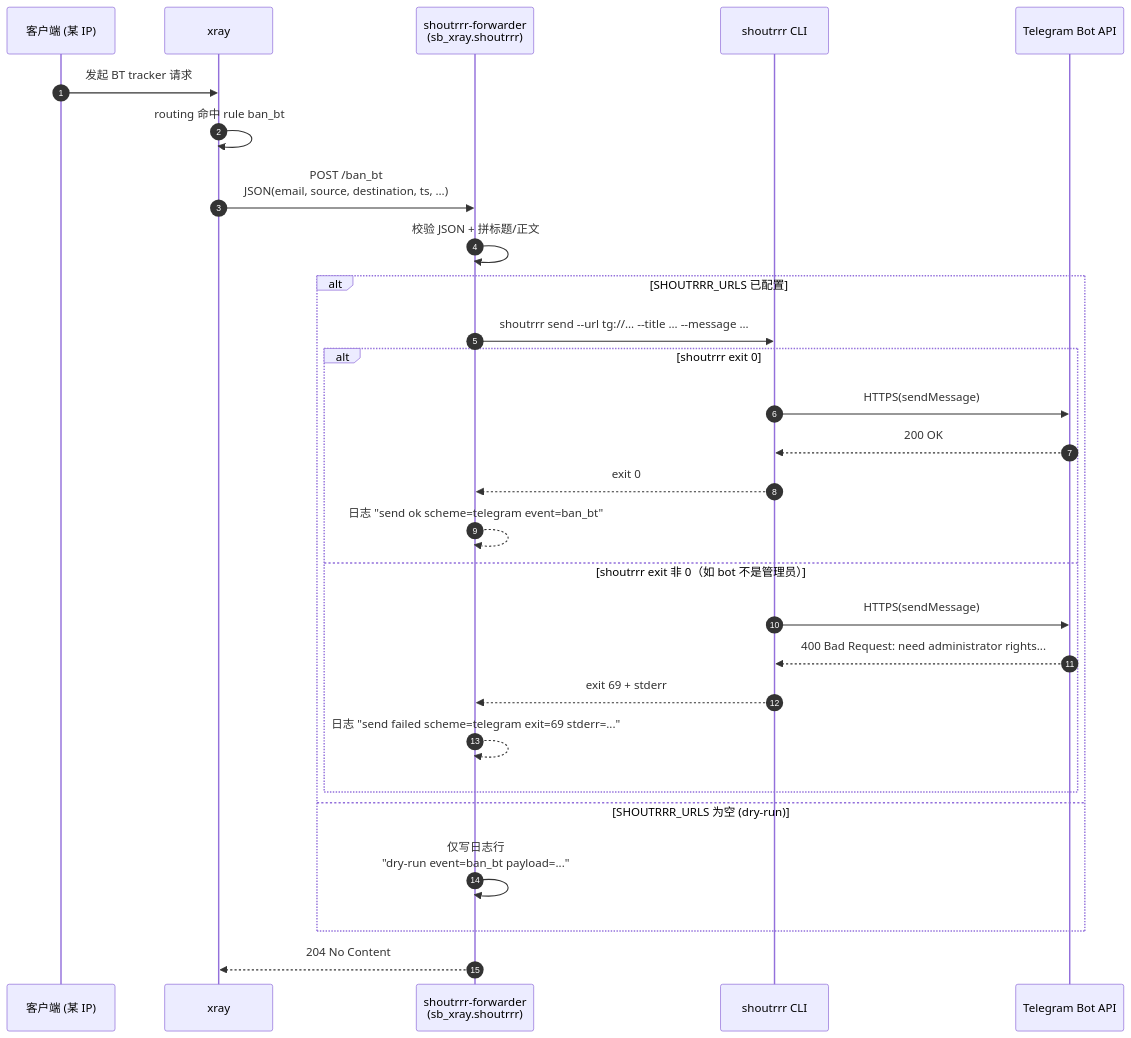
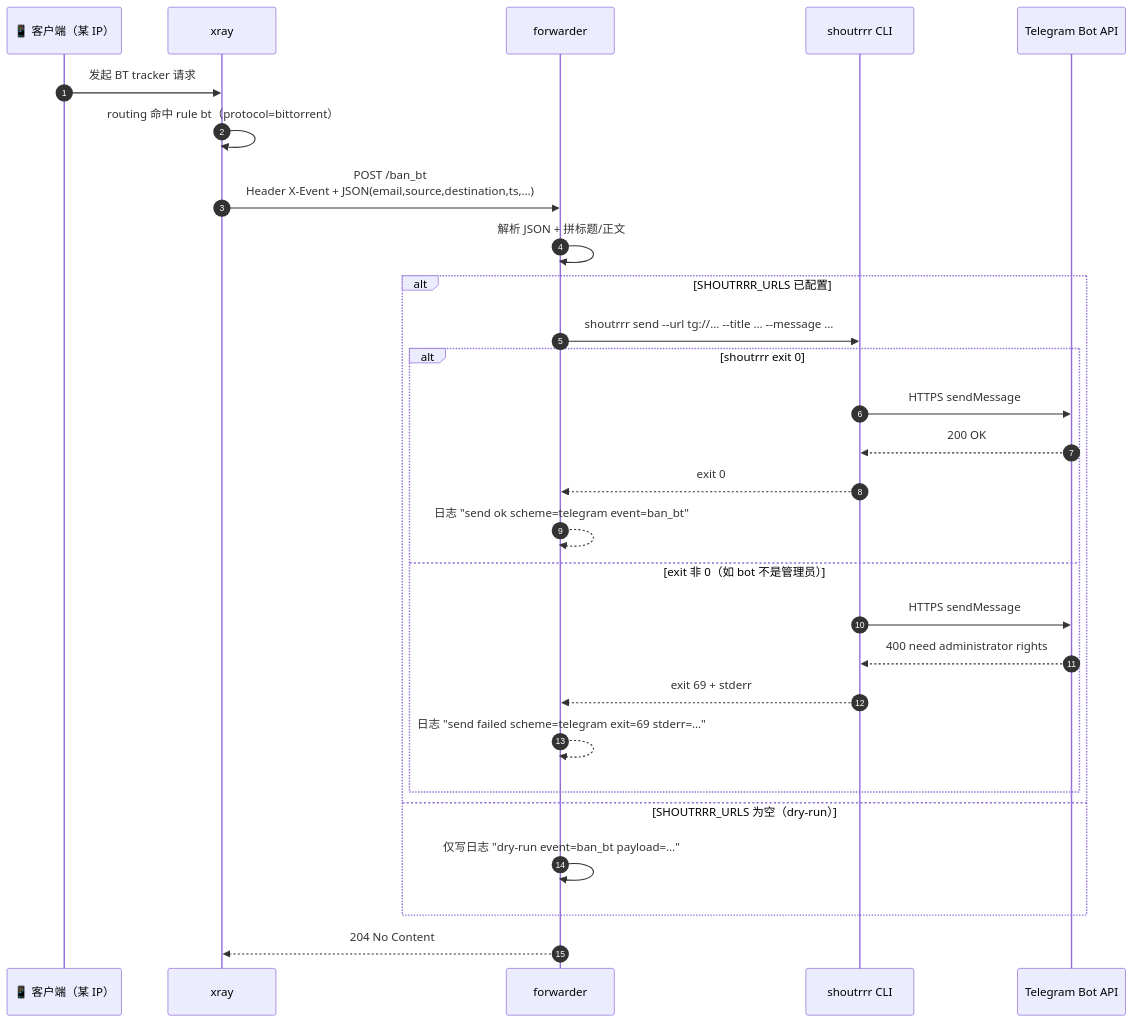
Before and after one commit to currycan/sb-xray: the third of 4 diagrams in docs/06-event-bus-shoutrrr.md, drawn with Mermaid. The commit also changed other lines of this file, not shown here.

````diff
--- a/docs/06-event-bus-shoutrrr.md
+++ b/docs/06-event-bus-shoutrrr.md
@@ -63,31 +118,31 @@
 ```mermaid
 sequenceDiagram
     autonumber
-    participant C as 客户端 (某 IP)
+    participant C as 📱 客户端（某 IP）
     participant X as xray
-    participant F as shoutrrr-forwarder<br/>(sb_xray.shoutrrr)
+    participant F as forwarder
     participant S as shoutrrr CLI
     participant T as Telegram Bot API
 
     C->>X: 发起 BT tracker 请求
-    X->>X: routing 命中 rule ban_bt
-    X->>F: POST /ban_bt<br/>JSON(email, source, destination, ts, …)
-    F->>F: 校验 JSON + 拼标题/正文
+    X->>X: routing 命中 rule bt（protocol=bittorrent）
+    X->>F: POST /ban_bt<br/>Header X-Event + JSON(email,source,destination,ts,…)
+    F->>F: 解析 JSON + 拼标题/正文
     alt SHOUTRRR_URLS 已配置
-        F->>S: shoutrrr send --url tg://... --title ... --message ...
+        F->>S: shoutrrr send --url tg://… --title … --message …
         alt shoutrrr exit 0
-            S->>T: HTTPS(sendMessage)
+            S->>T: HTTPS sendMessage
             T-->>S: 200 OK
             S-->>F: exit 0
             F-->>F: 日志 "send ok scheme=telegram event=ban_bt"
-        else shoutrrr exit 非 0（如 bot 不是管理员）
-            S->>T: HTTPS(sendMessage)
-            T-->>S: 400 Bad Request: need administrator rights...
+        else exit 非 0（如 bot 不是管理员）
+            S->>T: HTTPS sendMessage
+            T-->>S: 400 need administrator rights
             S-->>F: exit 69 + stderr
-            F-->>F: 日志 "send failed scheme=telegram exit=69 stderr=..."
+            F-->>F: 日志 "send failed scheme=telegram exit=69 stderr=…"
         end
-    else SHOUTRRR_URLS 为空 (dry-run)
-        F->>F: 仅写日志行<br/>"dry-run event=ban_bt payload=..."
+    else SHOUTRRR_URLS 为空（dry-run）
+        F->>F: 仅写日志 "dry-run event=ban_bt payload=…"
     end
     F-->>X: 204 No Content
 ```
````
